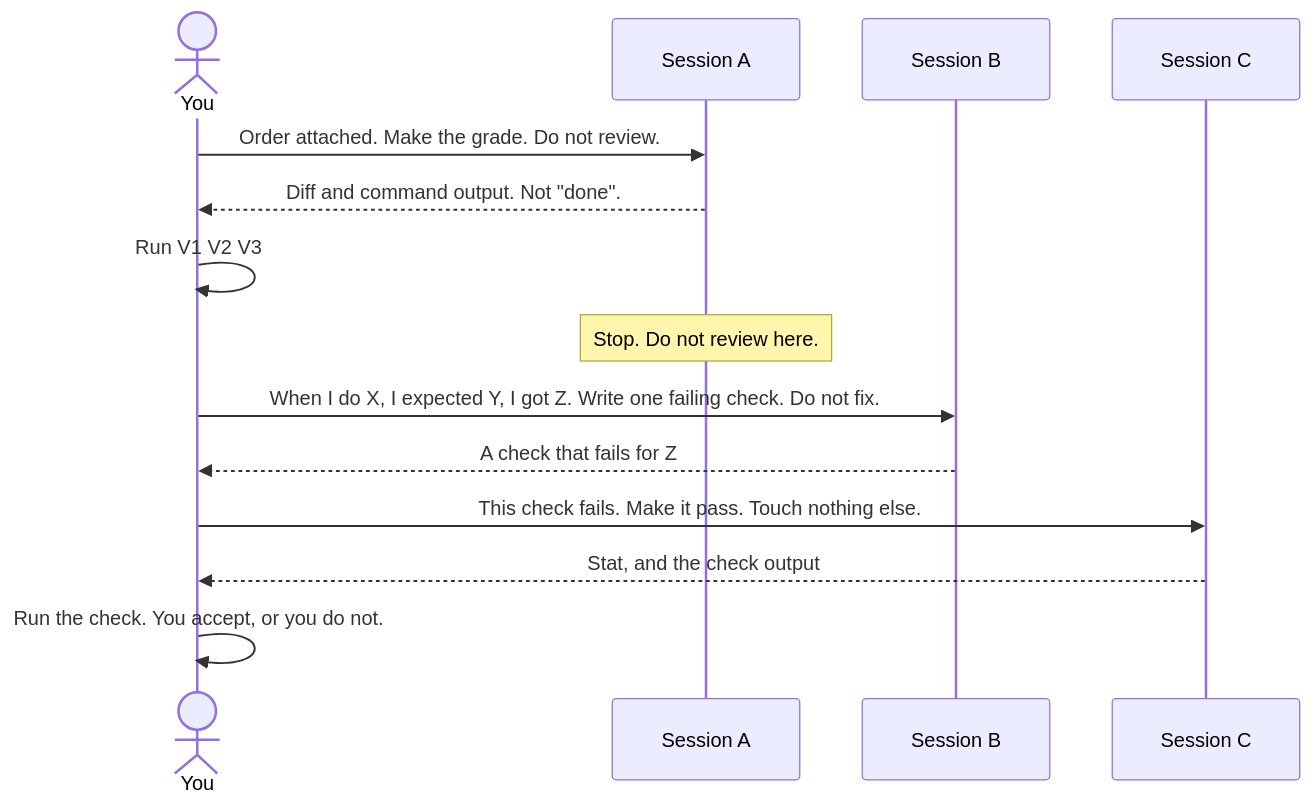
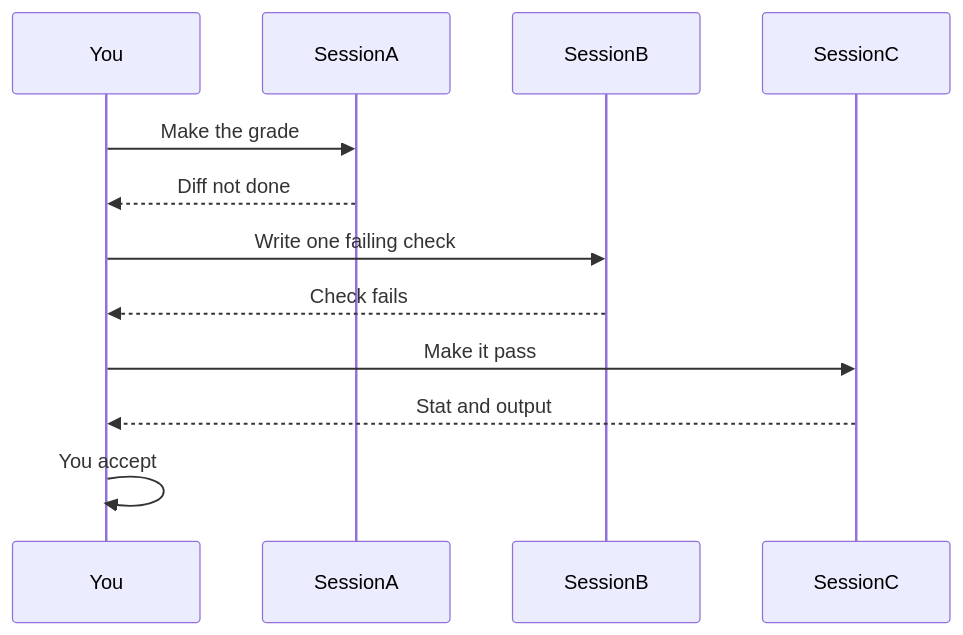
One commit to marctheshark3/captain-skills changed the fourth of 4 diagrams in docs/guide.md. Above: the diagram before and after it, drawn with Mermaid. The commit also changed other lines of this file and 5 other files, not shown here.

````diff
--- a/docs/guide.md
+++ b/docs/guide.md
@@ -100,16 +94,14 @@
 ```mermaid
 sequenceDiagram
-  actor You
-  participant A as Session A
-  participant B as Session B
-  participant C as Session C
-  You->>A: Order attached. Make the grade. Do not review.
-  A-->>You: Diff and command output. Not "done".
-  You->>You: Run V1 V2 V3
-  Note over A: Stop. Do not review here.
-  You->>B: When I do X, I expected Y, I got Z. Write one failing check. Do not fix.
-  B-->>You: A check that fails for Z
-  You->>C: This check fails. Make it pass. Touch nothing else.
-  C-->>You: Stat, and the check output
-  You->>You: Run the check. You accept, or you do not.
+  participant You
+  participant A as SessionA
+  participant B as SessionB
+  participant C as SessionC
+  You->>A: Make the grade
+  A-->>You: Diff not done
+  You->>B: Write one failing check
+  B-->>You: Check fails
+  You->>C: Make it pass
+  C-->>You: Stat and output
+  You->>You: You accept
 ```
````
